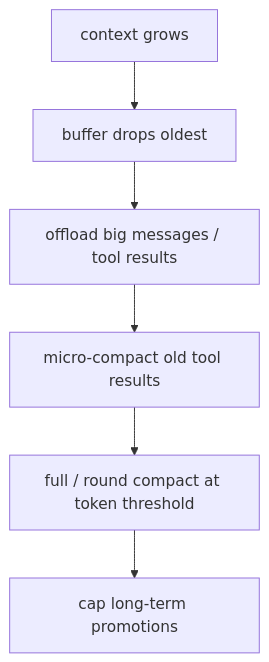
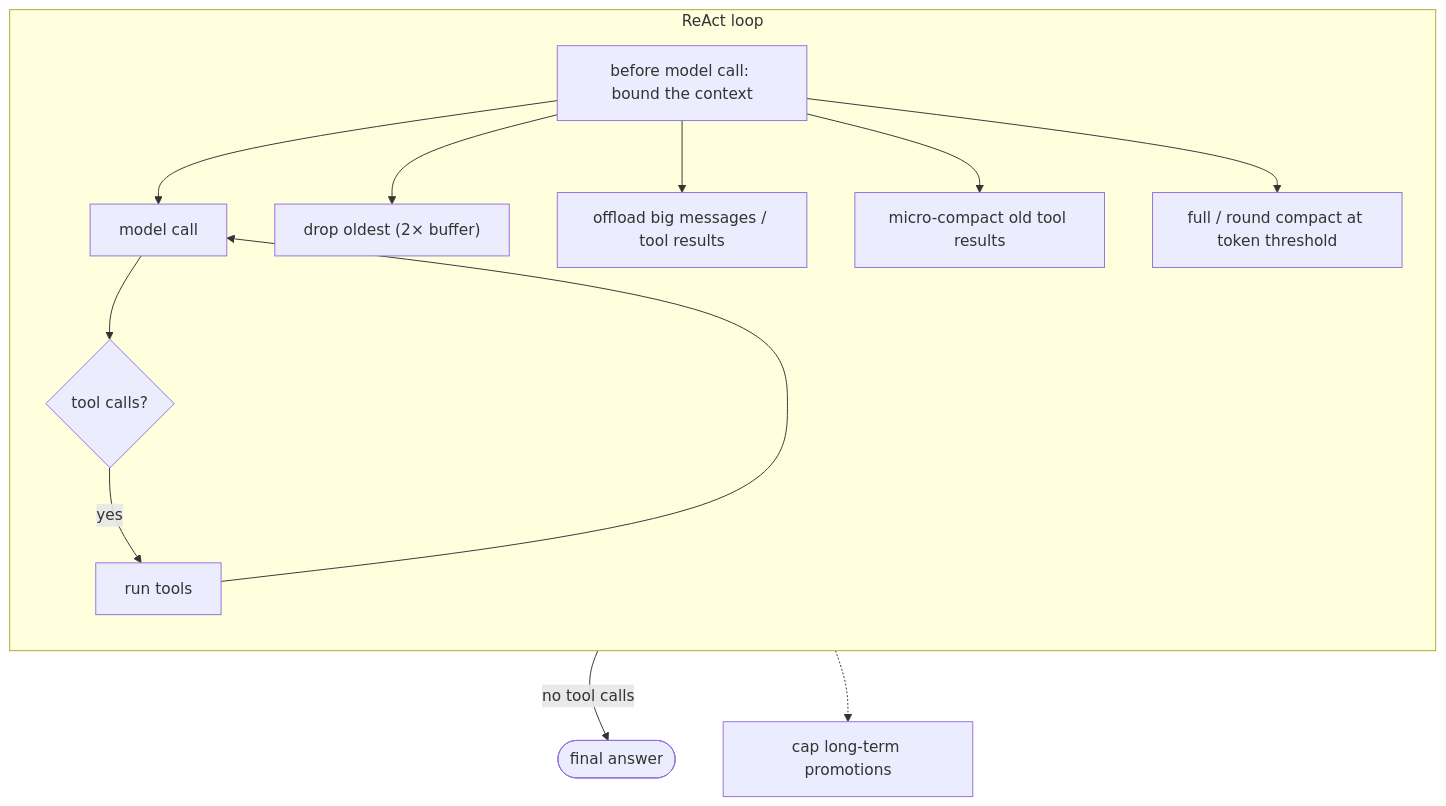
One commit to michaelatamuk/openjiuwen-jiuwenswarm changed diagram 19 of 31 in docs-michael/agent-interview-questions.md. Above: the diagram before and after it, drawn with Mermaid. The commit also changed other lines of this file, not shown here.

````diff
--- a/docs-michael/agent-interview-questions.md
+++ b/docs-michael/agent-interview-questions.md
@@ -343,8 +404,16 @@
 ```mermaid
 flowchart TD
-    C["context grows"] --> B["buffer drops oldest"]
-    B --> O["offload big messages / tool results"]
-    O --> M["micro-compact old tool results"]
-    M --> F["full / round compact at token threshold"]
-    F --> P["cap long-term promotions"]
+    subgraph LOOP["ReAct loop"]
+    direction TB
+        PRE["before model call: bound the context"] --> M["model call"]
+        M --> D{"tool calls?"}
+        D -->|yes| T["run tools"] --> M
+        PRE --> P1["drop oldest (2× buffer)"]
+        PRE --> P2["offload big messages / tool results"]
+        PRE --> P3["micro-compact old tool results"]
+        PRE --> P4["full / round compact at token threshold"]
+    end
+    D -->|"no tool calls"| A(["final answer"])
+    P4 ~~~ A
+    P4 -.-> CAP["cap long-term promotions"]
 ```
````
